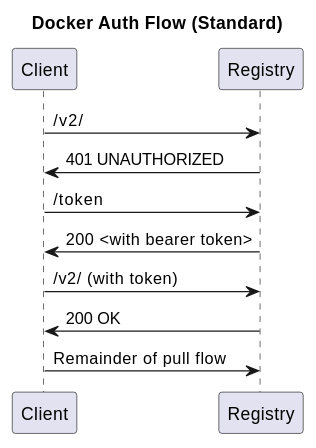
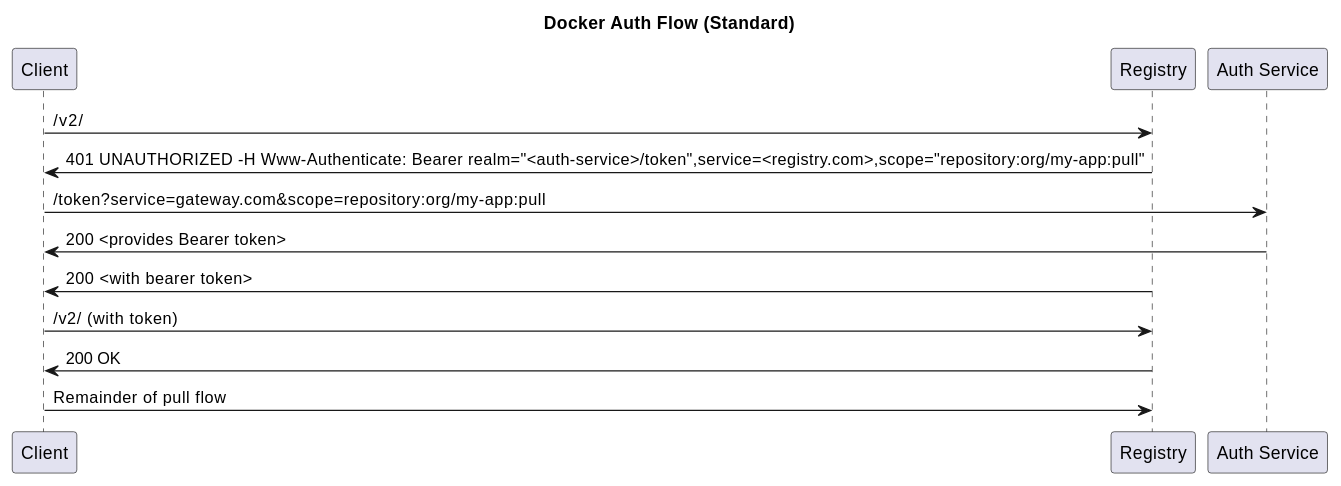
Before and after one commit to aviaviavi/talks: the third of 4 diagrams in beyond-the-download-count/presentation.org, drawn with PlantUML. The commit also changed other lines of this file and 2 other files, not shown here.

```diff
--- a/beyond-the-download-count/presentation.org
+++ b/beyond-the-download-count/presentation.org
@@ -437,11 +440,12 @@
     #+begin_src plantuml :file auth-registry-handshake.png
 title Docker Auth Flow (Standard)
 
 "Client" -> "Registry" : /v2/
-"Client" <- "Registry" : 401 UNAUTHORIZED
-"Client" -> "Registry" : /token
+"Client" <- "Registry" : 401 UNAUTHORIZED -H Www-Authenticate: Bearer realm="<auth-service>/token",service=<registry.com>,scope="repository:org/my-app:pull"
+"Client" -> "Auth Service" : /token?service=gateway.com&scope=repository:org/my-app:pull
+"Client" <- "Auth Service" : 200 <provides Bearer token>
 "Client" <- "Registry" : 200 <with bearer token>
 "Client" -> "Registry" : /v2/ (with token)
 "Client" <- "Registry" : 200 OK
 "Client" -> "Registry" : Remainder of pull flow
  #+end_src
```
